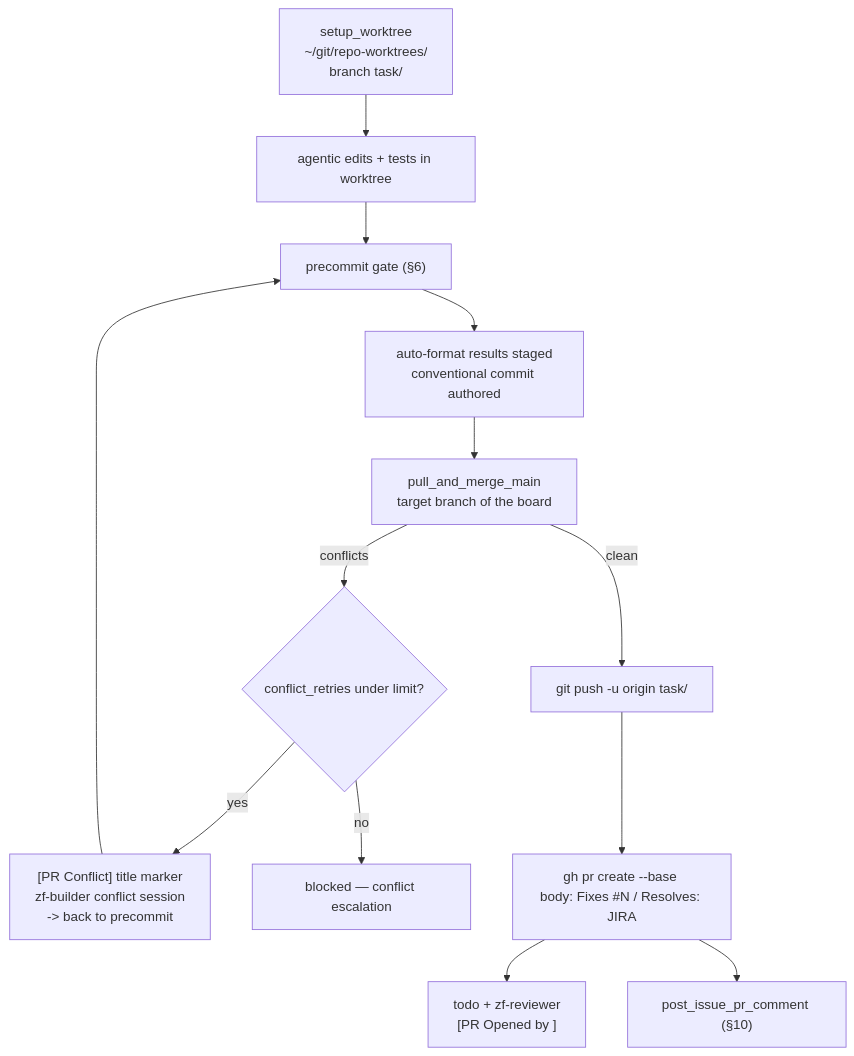
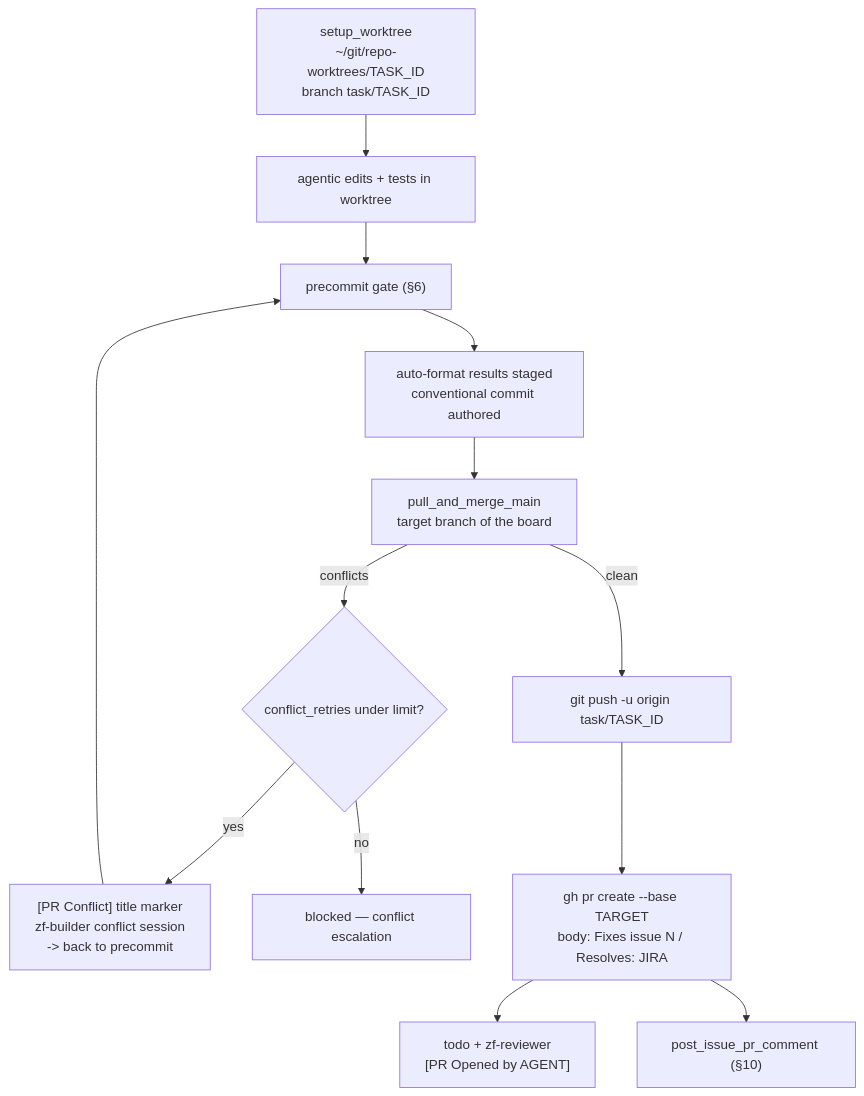
The seventh of 11 diagrams in docs/FLOWS.md (hotcode-dev/zerofactory), drawn with Mermaid before and after one commit. The commit also changed other lines of this file, not shown here.

Commit message:
fix: update flowchart placeholders for clarity and consistency

````diff
--- a/docs/FLOWS.md
+++ b/docs/FLOWS.md
@@ -298,15 +298,15 @@
 ```mermaid
 flowchart TD
-    W["setup_worktree<br/>~/git/repo-worktrees/<task_id><br/>branch task/<task_id>"] --> WORK["agentic edits + tests in worktree"]
+    W["setup_worktree<br/>~/git/repo-worktrees/TASK_ID<br/>branch task/TASK_ID"] --> WORK["agentic edits + tests in worktree"]
     WORK --> PRE["precommit gate (§6)"]
     PRE --> STAGE["auto-format results staged<br/>conventional commit authored"]
     STAGE --> MERGE["pull_and_merge_main<br/>target branch of the board"]
     MERGE -->|conflicts| CF{"conflict_retries under limit?"}
     CF -->|yes| CFB["[PR Conflict] title marker<br/>zf-builder conflict session<br/>-> back to precommit"]
     CFB --> PRE
     CF -->|no| CFE["blocked — conflict escalation"]
-    MERGE -->|clean| PUSH["git push -u origin task/<id>"]
-    PUSH --> PRC["gh pr create --base <target><br/>body: Fixes #N / Resolves: JIRA"]
-    PRC --> RR["todo + zf-reviewer<br/>[PR Opened by <agent>]"]
+    MERGE -->|clean| PUSH["git push -u origin task/TASK_ID"]
+    PUSH --> PRC["gh pr create --base TARGET<br/>body: Fixes issue N / Resolves: JIRA"]
+    PRC --> RR["todo + zf-reviewer<br/>[PR Opened by AGENT]"]
     PRC --> IRE["post_issue_pr_comment (§10)"]
 ```
````
